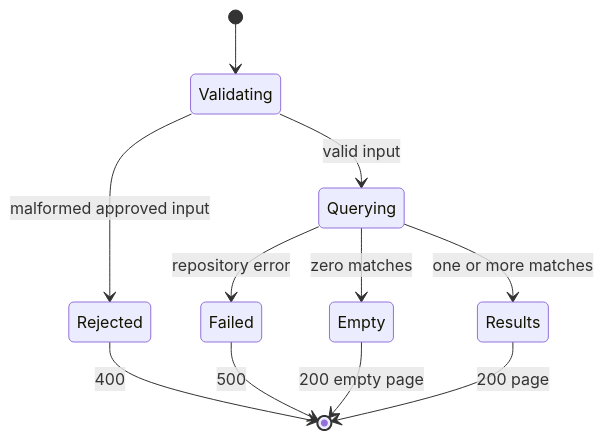
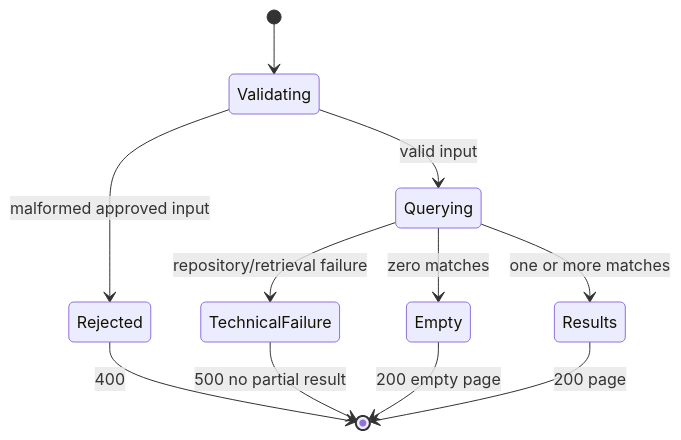
Before and after one commit to sehajbirsingh-fdm/MainframeModernization: the diagram in specs/005-inqtran-transaction-inquiry-modernization/spec.md, drawn with Mermaid. The commit also changed other lines of this file and 2 other files, not shown here.

````diff
--- a/specs/005-inqtran-transaction-inquiry-modernization/spec.md
+++ b/specs/005-inqtran-transaction-inquiry-modernization/spec.md
@@ -102,13 +191,13 @@
 ```mermaid
 stateDiagram-v2
 		[*] --> Validating
 		Validating --> Rejected: malformed approved input
 		Validating --> Querying: valid input
-		Querying --> Failed: repository error
+		Querying --> TechnicalFailure: repository/retrieval failure
 		Querying --> Empty: zero matches
 		Querying --> Results: one or more matches
 		Empty --> [*]: 200 empty page
 		Results --> [*]: 200 page
 		Rejected --> [*]: 400
-		Failed --> [*]: 500
+		TechnicalFailure --> [*]: 500 no partial result
 ```
````
